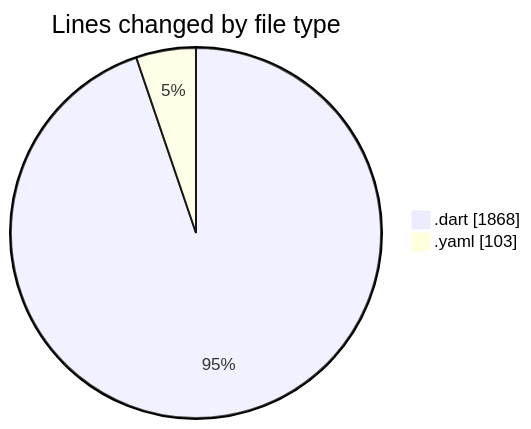
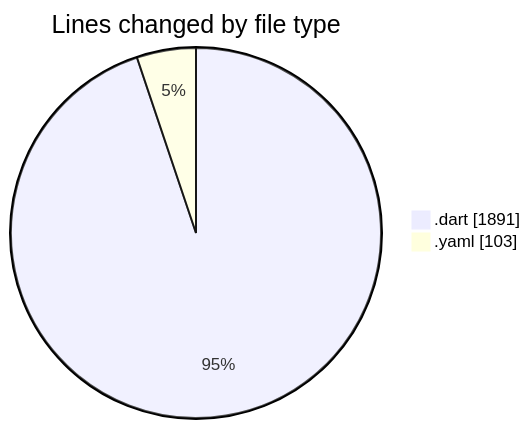
One commit to donsfak/code-tracking changed the first of 2 diagrams in 2025-02-25/trackers_app/README.md. Above: the diagram before and after it, drawn with Mermaid. The commit also changed other lines of this file and 1 other file, not shown here.

````diff
--- a/2025-02-25/trackers_app/README.md
+++ b/2025-02-25/trackers_app/README.md
@@ -31,6 +31,6 @@
 ```mermaid
 pie showData
 title Lines changed by file type
-".dart" : 1868
+".dart" : 1891
 ".yaml" : 103
 ```
````
